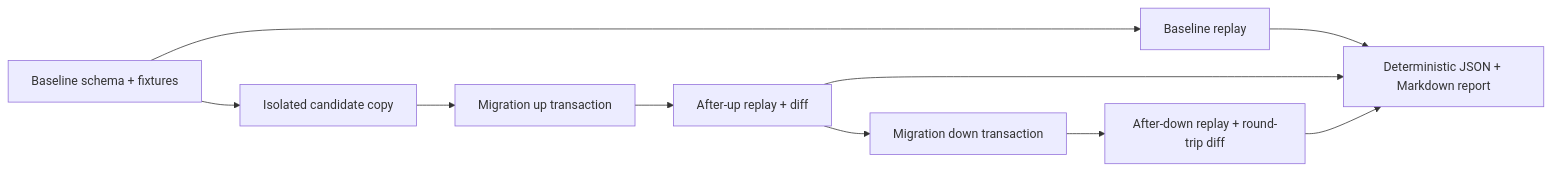
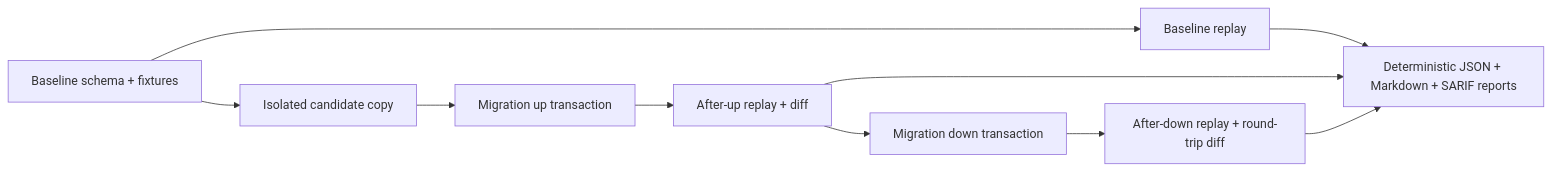
The diagram in README.md (b2ty9t7yhz-source/migrationreplay), drawn with Mermaid before and after one commit. The commit also changed other lines of this file and 16 other files, not shown here.

Commit message:
feat: add deterministic SARIF CI reporting

````diff
--- a/README.md
+++ b/README.md
@@ -14,12 +15,12 @@
 ```mermaid
 flowchart LR
     A["Baseline schema + fixtures"] --> B["Baseline replay"]
     A --> C["Isolated candidate copy"]
     C --> D["Migration up transaction"]
     D --> E["After-up replay + diff"]
     E --> F["Migration down transaction"]
     F --> G["After-down replay + round-trip diff"]
-    B --> H["Deterministic JSON + Markdown report"]
+    B --> H["Deterministic JSON + Markdown + SARIF reports"]
     E --> H
     G --> H
 ```
````
